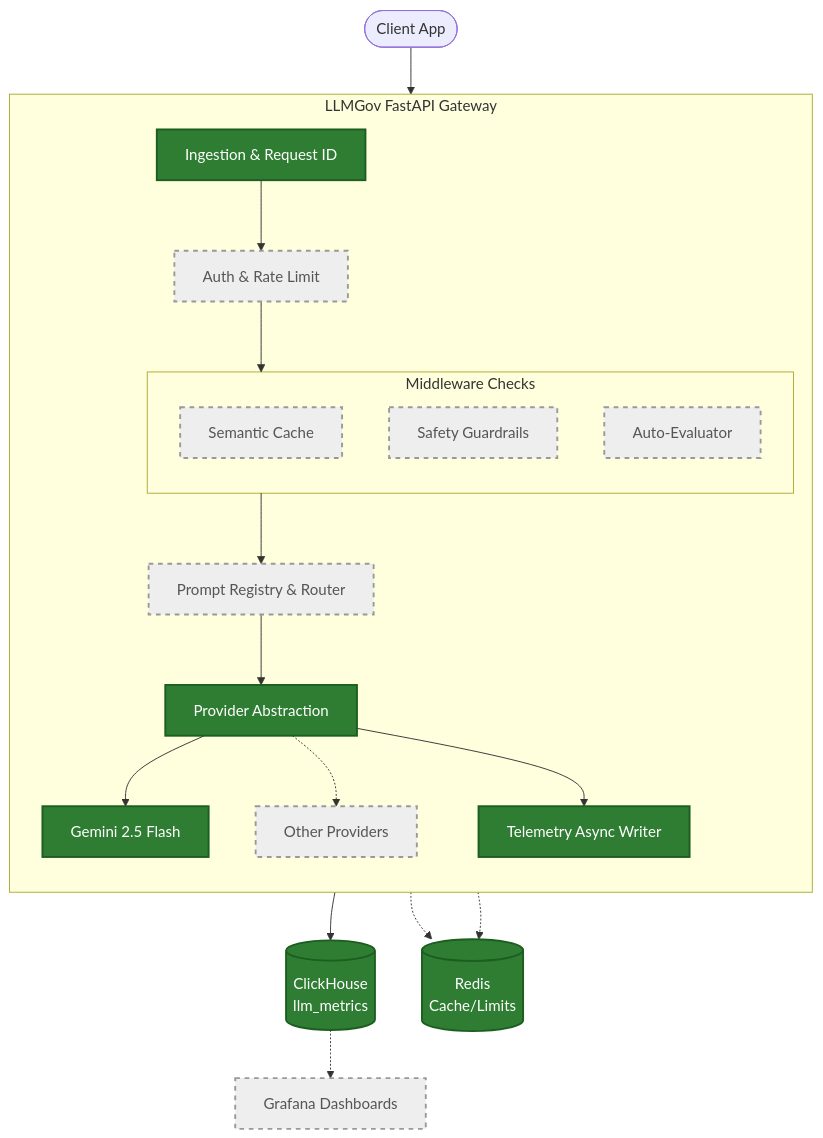
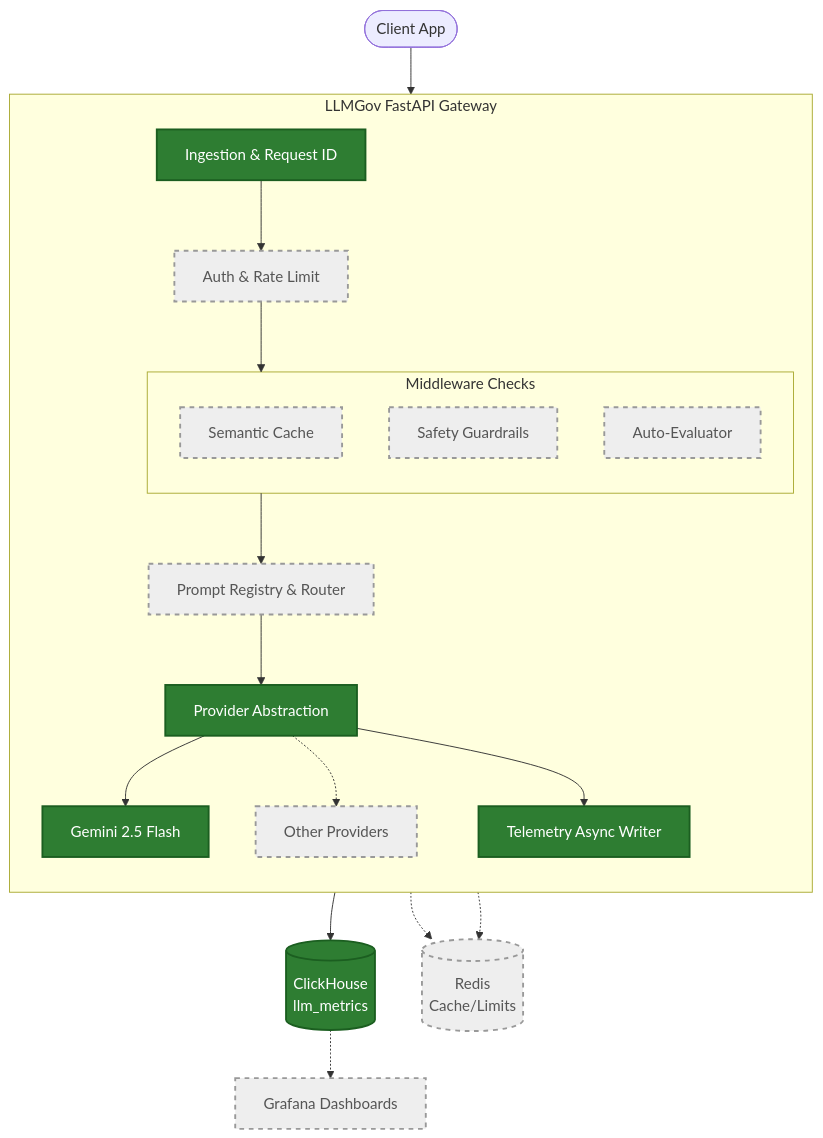
The diagram in README.md (LeviAckermanZ9/LLMGov), drawn with Mermaid before and after one commit. The commit also changed other lines of this file, not shown here.

````diff
--- a/README.md
+++ b/README.md
@@ -21,49 +21,49 @@
 ```mermaid
 flowchart TD
     %% Define Styles
     classDef built fill:#2e7d32,stroke:#1b5e20,stroke-width:2px,color:white;
     classDef planned fill:#eeeeee,stroke:#999999,stroke-width:2px,stroke-dasharray: 5 5,color:#555555;
 
     Client([Client App]) --> Gateway
     
     subgraph Gateway [LLMGov FastAPI Gateway]
         direction TB
         Ingest[Ingestion & Request ID]:::built
         Auth[Auth & Rate Limit]:::planned
         
         Ingest --> Auth
         
         subgraph Interceptors [Middleware Checks]
             Cache[Semantic Cache]:::planned
             Guard[Safety Guardrails]:::planned
             Eval[Auto-Evaluator]:::planned
         end
         
         Auth --> Interceptors
         
         Registry[Prompt Registry & Router]:::planned
         Interceptors --> Registry
         
         ProviderAbstraction[Provider Abstraction]:::built
         Registry --> ProviderAbstraction
         
         ProviderAbstraction --> PrimaryProvider
         ProviderAbstraction -.-> FallbackProvider
         
         Telemetry[Telemetry Async Writer]:::built
         ProviderAbstraction --> Telemetry
     end
     
     PrimaryProvider[Gemini 2.5 Flash]:::built
     FallbackProvider[Other Providers]:::planned
     
     CH[(ClickHouse\nllm_metrics)]:::built
-    Redis[(Redis\nCache/Limits)]:::built
+    Redis[(Redis\nCache/Limits)]:::planned
     
     Telemetry --> CH
     Auth -.-> Redis
     Cache -.-> Redis
     
     Grafana[Grafana Dashboards]:::planned
     CH -.-> Grafana
 ```
````
